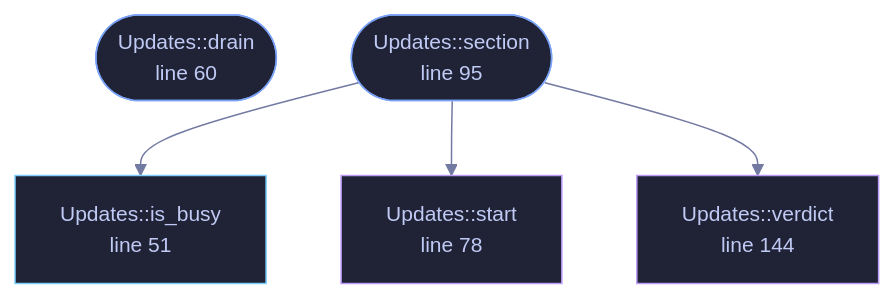
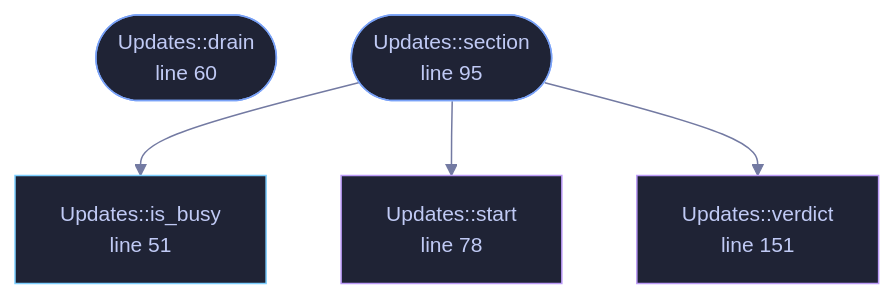
One commit to tilas01/veilvoice changed the diagram in docs/files/veilvoice-gui/updates.md. Above: the diagram before and after it, drawn with Mermaid. The commit also changed other lines of this file and 68 other files, not shown here.

````diff
--- a/docs/files/veilvoice-gui/updates.md
+++ b/docs/files/veilvoice-gui/updates.md
@@ -89,23 +89,23 @@
 ```mermaid
 %%{init: {"theme":"base","themeVariables":{"background":"#1a1b26","primaryColor":"#1f2335","primaryTextColor":"#c0caf5","primaryBorderColor":"#7aa2f7","secondaryColor":"#16161e","tertiaryColor":"#16161e","lineColor":"#737aa2","textColor":"#c0caf5","mainBkg":"#1f2335","nodeBorder":"#7aa2f7","clusterBkg":"#16161e","clusterBorder":"#2f3549","fontFamily":"ui-monospace, SFMono-Regular, Consolas, monospace","fontSize":"14px"}}}%%
 flowchart TD
     n_is_busy["Updates::is_busy<br/>line 51"]
     n_drain(["Updates::drain<br/>line 60"])
     n_start["Updates::start<br/>line 78"]
     n_section(["Updates::section<br/>line 95"])
-    n_verdict["Updates::verdict<br/>line 144"]
+    n_verdict["Updates::verdict<br/>line 151"]
     n_section --> n_is_busy
     n_section --> n_start
     n_section --> n_verdict
     click n_is_busy href "https://github.com/tilas01/veilvoice/blob/main/crates/veilvoice-gui/src/updates.rs#L51" "open the source"
     click n_drain href "https://github.com/tilas01/veilvoice/blob/main/crates/veilvoice-gui/src/updates.rs#L60" "open the source"
     click n_start href "https://github.com/tilas01/veilvoice/blob/main/crates/veilvoice-gui/src/updates.rs#L78" "open the source"
     click n_section href "https://github.com/tilas01/veilvoice/blob/main/crates/veilvoice-gui/src/updates.rs#L95" "open the source"
-    click n_verdict href "https://github.com/tilas01/veilvoice/blob/main/crates/veilvoice-gui/src/updates.rs#L144" "open the source"
+    click n_verdict href "https://github.com/tilas01/veilvoice/blob/main/crates/veilvoice-gui/src/updates.rs#L151" "open the source"
     classDef entry fill:#1f2335,stroke:#7aa2f7,color:#c0caf5
     class n_drain,n_section entry
     classDef api fill:#1f2335,stroke:#7dcfff,color:#c0caf5
     class n_is_busy api
     classDef helper fill:#1f2335,stroke:#bb9af7,color:#c0caf5
     class n_start,n_verdict helper
 ```
````
